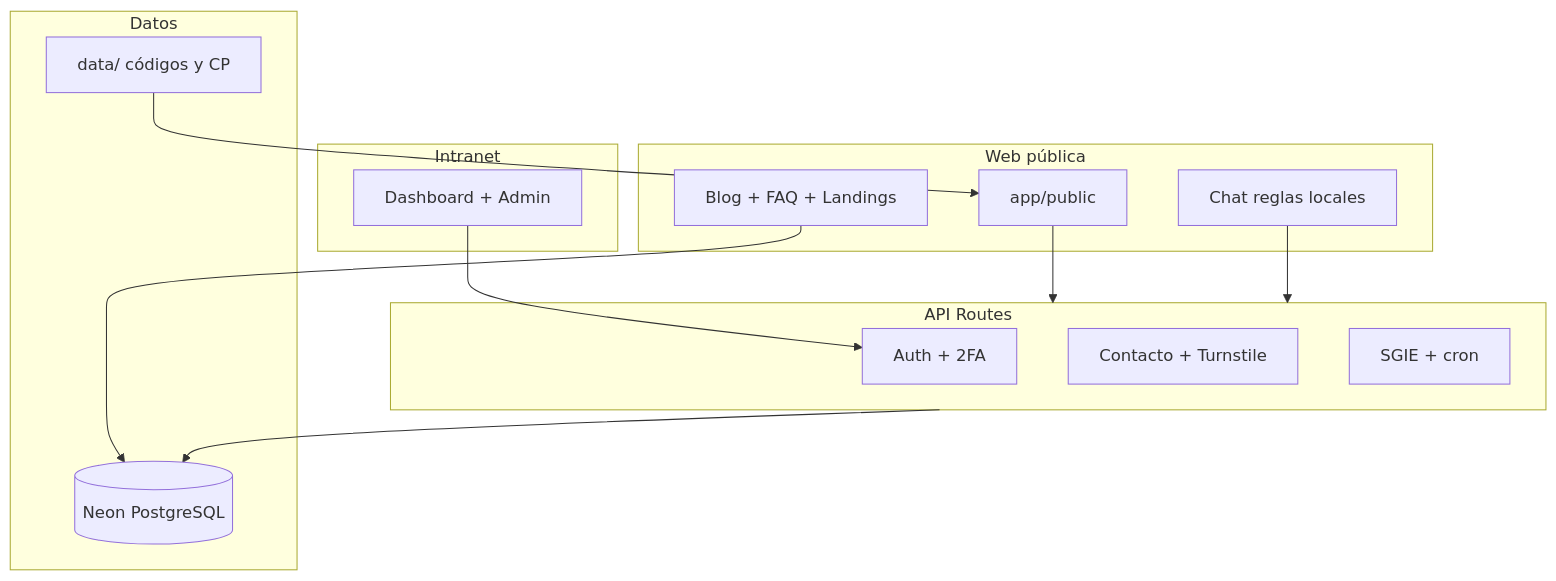
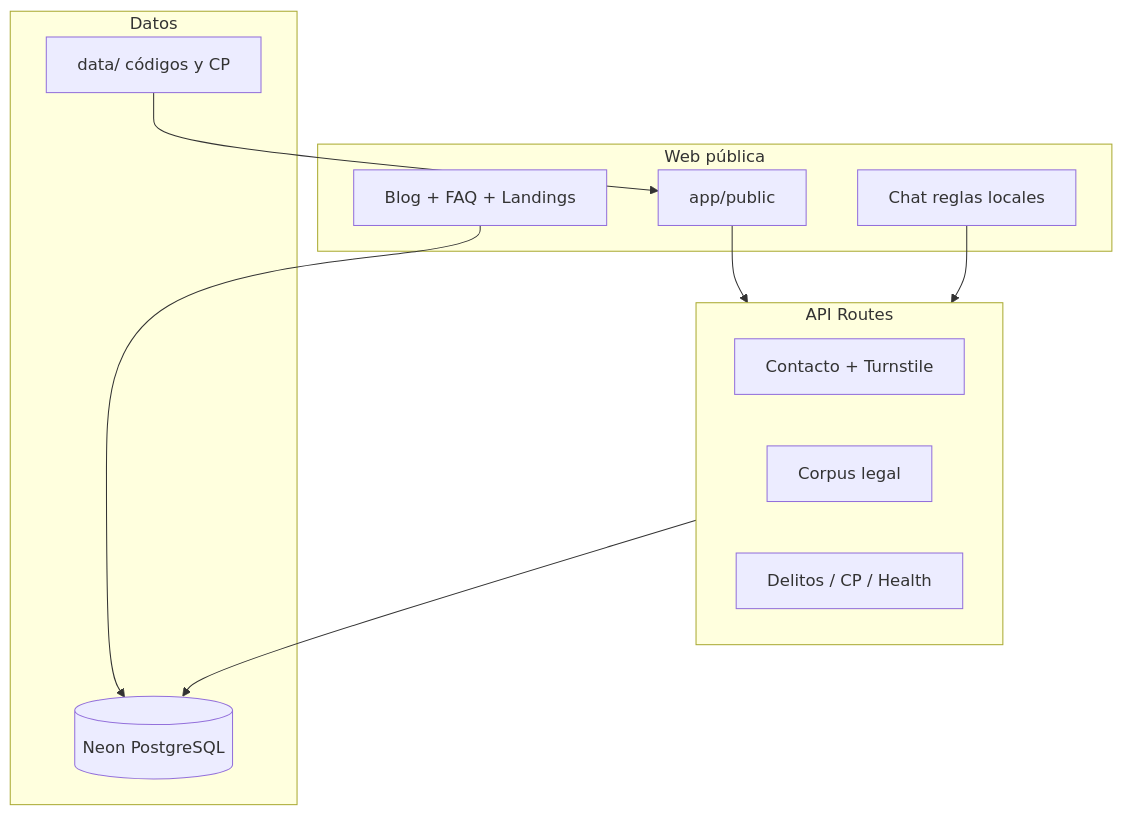
One commit to Fonsi44/Calculo-de-Penas changed the diagram in README.md. Above: the diagram before and after it, drawn with Mermaid. The commit also changed other lines of this file and 473 other files, not shown here.

First line of the commit message:
chore(wipe): eliminar intranet, SGIE, auth, RAG y alinear sitio público

````diff
--- a/README.md
+++ b/README.md
@@ -65,26 +61,22 @@
 ```mermaid
 flowchart TB
   subgraph public [Web pública]
     pages[app/public]
     blog[Blog + FAQ + Landings]
     chat[Chat reglas locales]
   end
   subgraph api [API Routes]
-    auth[Auth + 2FA]
     contact[Contacto + Turnstile]
-    sgie[SGIE + cron]
-  end
-  subgraph private [Intranet]
-    dash[Dashboard + Admin]
+    legal[Corpus legal]
+    publicApis[Delitos / CP / Health]
   end
   subgraph data [Datos]
     neon[(Neon PostgreSQL)]
     static[data/ códigos y CP]
   end
   pages --> api
   blog --> neon
-  dash --> auth
   api --> neon
   chat --> api
   static --> pages
 ```
````
